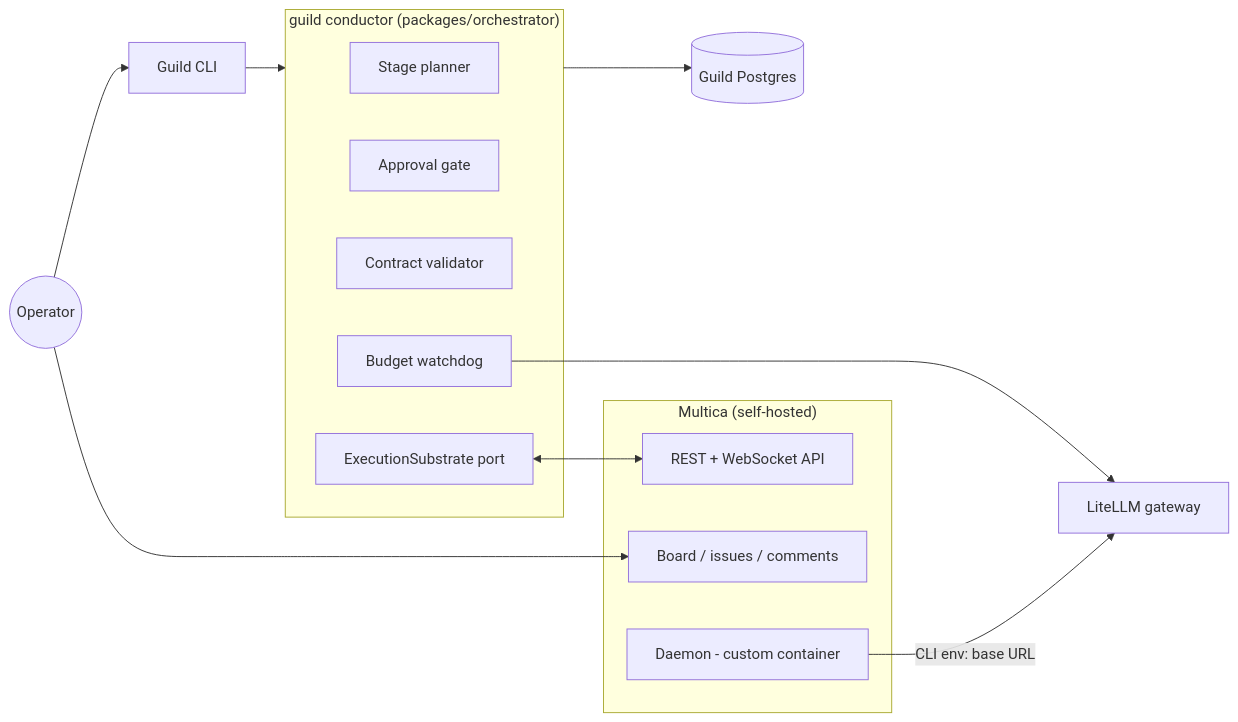
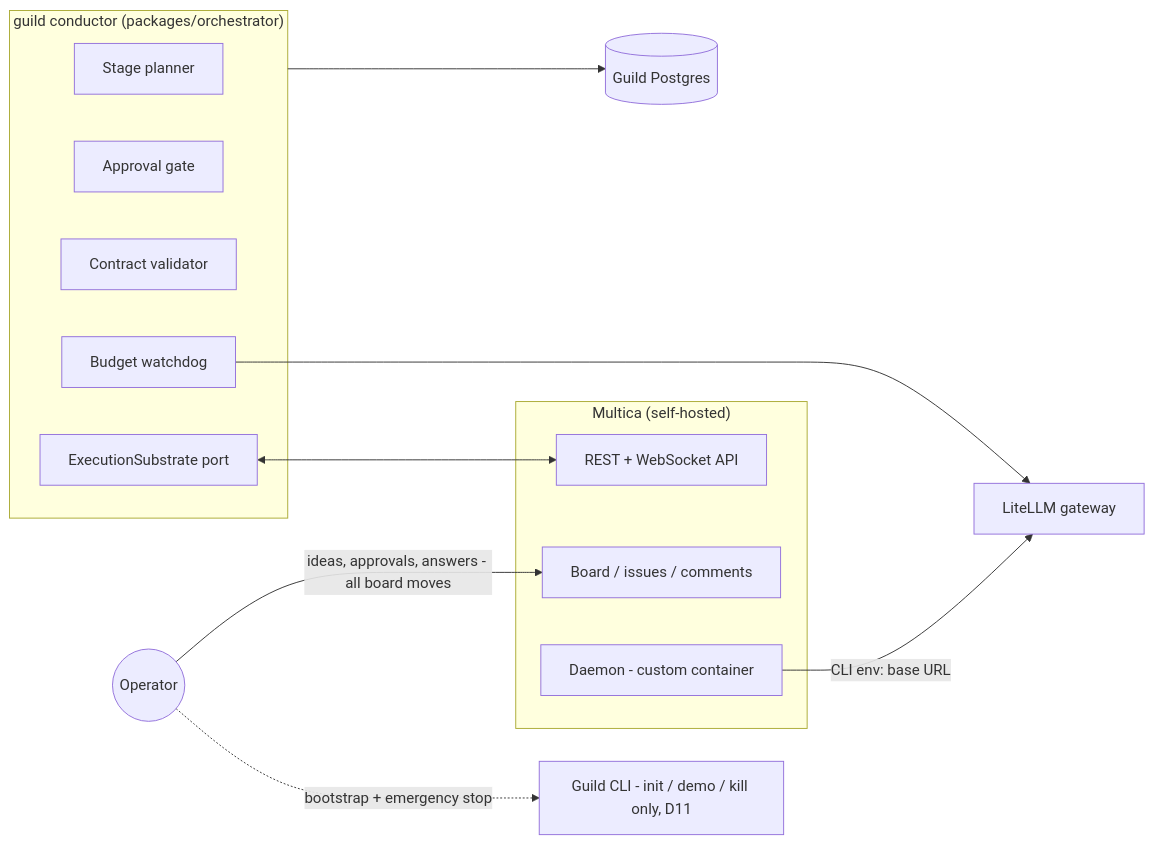
Before and after one commit to maacarbo/guild: the first of 2 diagrams in docs/ARCHITECTURE.md, drawn with Mermaid.

Commit message:
ARCHITECTURE overview: the board is the operator's surface (D11)
Claude-Session: https://claude.ai/code/session_01EsZY56cowqiWXd73ad6YQd

````diff
--- a/docs/ARCHITECTURE.md
+++ b/docs/ARCHITECTURE.md
@@ -9,26 +9,26 @@
 ```mermaid
 flowchart LR
     OP((Operator))
-    CLI[Guild CLI]
+    CLI[Guild CLI - init / demo / kill only, D11]
     subgraph GUILD["guild conductor (packages/orchestrator)"]
         Planner[Stage planner]
         Gate[Approval gate]
         Validator[Contract validator]
         Watchdog[Budget watchdog]
         Port[ExecutionSubstrate port]
     end
     subgraph MULTICA["Multica (self-hosted)"]
         API[REST + WebSocket API]
         Board[Board / issues / comments]
         Daemon[Daemon - custom container]
     end
     LLM[LiteLLM gateway]
     PG[(Guild Postgres)]
 
-    OP --> CLI --> GUILD
-    OP --> Board
+    OP -->|ideas, approvals, answers - all board moves| Board
+    OP -.->|bootstrap + emergency stop| CLI
     Port <--> API
     Daemon -->|CLI env: base URL| LLM
     Watchdog --> LLM
     GUILD --> PG
 ```
````
